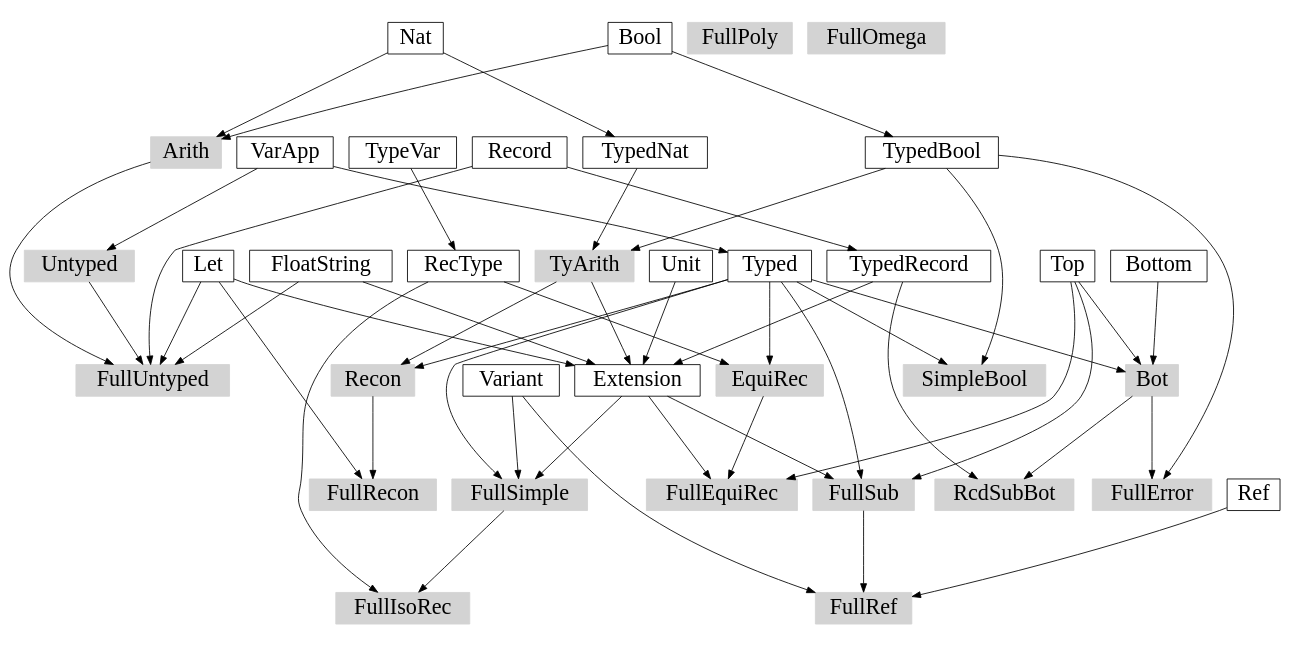
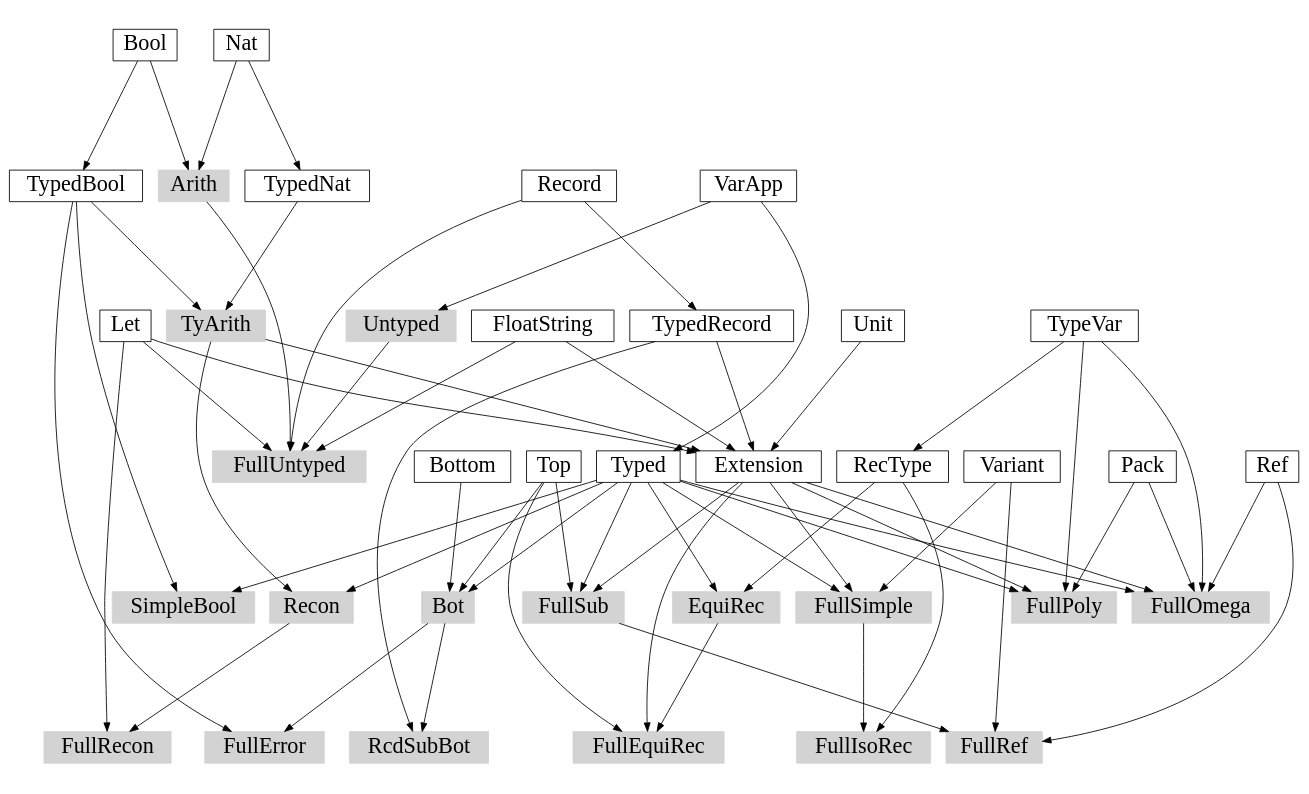
One commit to lihuanglx/tapl-visitor changed the diagram in misc/graph.dot. Above: the diagram before and after it, drawn with Graphviz. The commit also changed 11 other files, not shown here.

```diff
--- a/misc/graph.dot
+++ b/misc/graph.dot
@@ -1,59 +1,59 @@
 digraph G {
-    ratio=0.5;
+    ratio=0.6;
     //splines=polyline;
 
     node[fontsize=26, shape=box];
 
     {
         node[style=filled, color=lightgray];
 
         Arith;
         Untyped;
         FullUntyped;
         TyArith;
         SimpleBool;
         FullSimple;
         Bot;
         FullRef;
         FullError;
         RcdSubBot;
         FullSub;
         FullEquiRec;
         FullIsoRec;
         EquiRec;
         Recon;
         FullRecon;
         FullPoly;
         FullOmega;
     }
 
     // components
     Bool -> TypedBool;
     Nat -> TypedNat;
     Record -> TypedRecord;
     VarApp -> Typed;
     TyArith, FloatString, Let, TypedRecord -> Extension;
     TypeVar -> RecType;
     Unit -> Extension;
 
     // calculi
     Bool, Nat -> Arith;
     VarApp -> Untyped;
     Arith, Untyped, Record, FloatString, Let -> FullUntyped;
     TypedBool, TypedNat -> TyArith;
     Typed, TypedBool -> SimpleBool;
     Typed, Extension, Variant -> FullSimple;
     Typed, Top, Bottom -> Bot;
-
     FullSub, Variant, Ref -> FullRef;
-
     Bot, TypedBool -> FullError;
     Bot, TypedRecord -> RcdSubBot;
     Typed, Extension, Top -> FullSub;
     Typed, RecType -> EquiRec;
     EquiRec, Extension, Top -> FullEquiRec;
     FullSimple, RecType -> FullIsoRec;
     Typed, TyArith -> Recon;
     Recon, Let -> FullRecon;
 
+    Typed, Extension, Pack, TypeVar -> FullPoly;
+    Typed, Extension, Pack, Ref, TypeVar -> FullOmega;
 }
```
